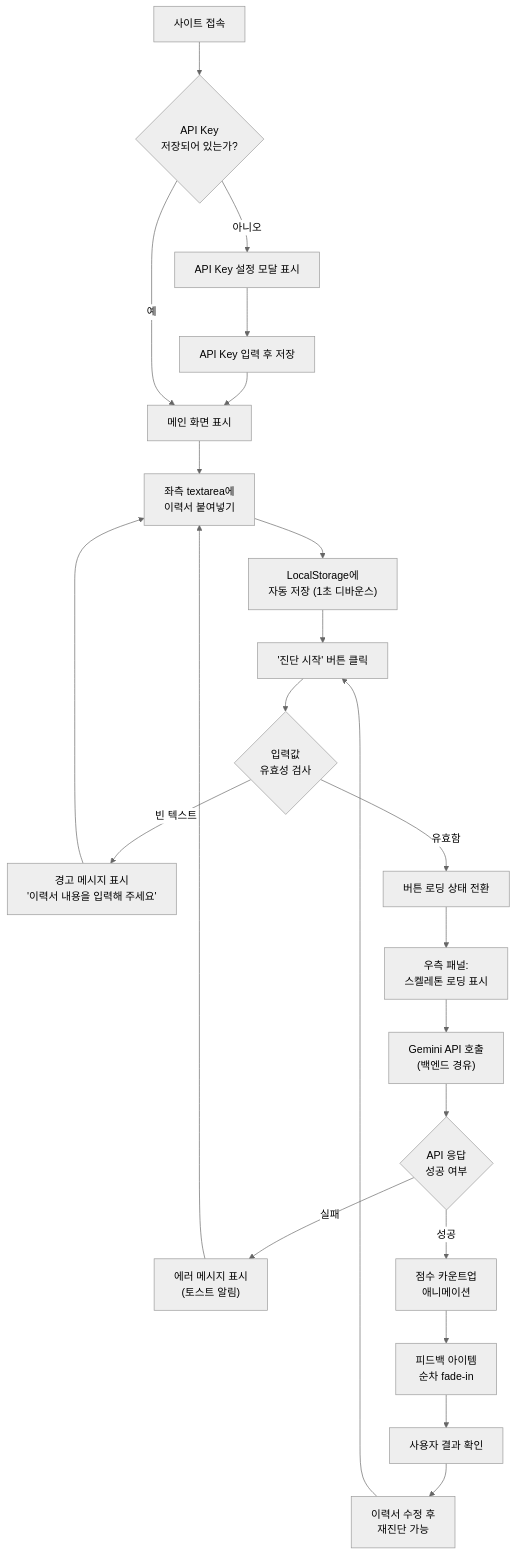
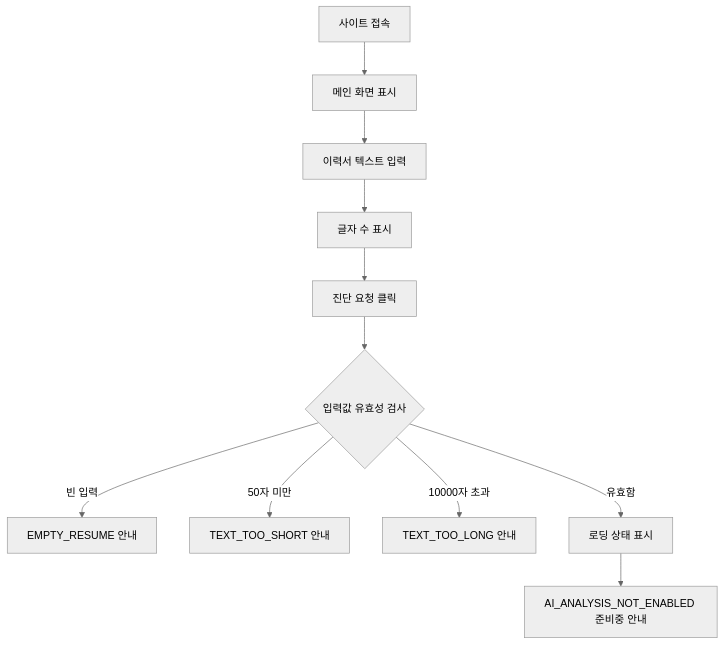
One commit to silverThunder09/jdsnack-agent-os-project changed the diagram in .agent-os/specs/2026-05-21-0943-ai-resume-diagnoser/ui-spec.md. Above: the diagram before and after it, drawn with Mermaid (neutral theme). The commit also changed other lines of this file and 52 other files, not shown here.

````diff
--- a/.agent-os/specs/2026-05-21-0943-ai-resume-diagnoser/ui-spec.md
+++ b/.agent-os/specs/2026-05-21-0943-ai-resume-diagnoser/ui-spec.md
@@ -1158,25 +55,13 @@
 ```mermaid
 flowchart TD
-    A["사이트 접속"] --> B{"API Key\n저장되어 있는가?"}
-    B -- 아니오 --> C["API Key 설정 모달 표시"]
-    C --> D["API Key 입력 후 저장"]
-    D --> E["메인 화면 표시"]
-    B -- 예 --> E
-    E --> F["좌측 textarea에\n이력서 붙여넣기"]
-    F --> G["LocalStorage에\n자동 저장 (1초 디바운스)"]
-    G --> H["'진단 시작' 버튼 클릭"]
-    H --> I{"입력값\n유효성 검사"}
-    I -- 빈 텍스트 --> J["경고 메시지 표시\n'이력서 내용을 입력해 주세요'"]
-    J --> F
-    I -- 유효함 --> K["버튼 로딩 상태 전환"]
-    K --> L["우측 패널:\n스켈레톤 로딩 표시"]
-    L --> M["Gemini API 호출\n(백엔드 경유)"]
-    M --> N{"API 응답\n성공 여부"}
-    N -- 실패 --> O["에러 메시지 표시\n(토스트 알림)"]
-    O --> F
-    N -- 성공 --> P["점수 카운트업\n애니메이션"]
-    P --> Q["피드백 아이템\n순차 fade-in"]
-    Q --> R["사용자 결과 확인"]
-    R --> S["이력서 수정 후\n재진단 가능"]
-    S --> H
+    A["사이트 접속"] --> B["메인 화면 표시"]
+    B --> C["이력서 텍스트 입력"]
+    C --> D["글자 수 표시"]
+    D --> E["진단 요청 클릭"]
+    E --> F{"입력값 유효성 검사"}
+    F -- 빈 입력 --> G["EMPTY_RESUME 안내"]
+    F -- 50자 미만 --> H["TEXT_TOO_SHORT 안내"]
+    F -- 10000자 초과 --> I["TEXT_TOO_LONG 안내"]
+    F -- 유효함 --> J["로딩 상태 표시"]
+    J --> K["AI_ANALYSIS_NOT_ENABLED 준비중 안내"]
 ```
````
